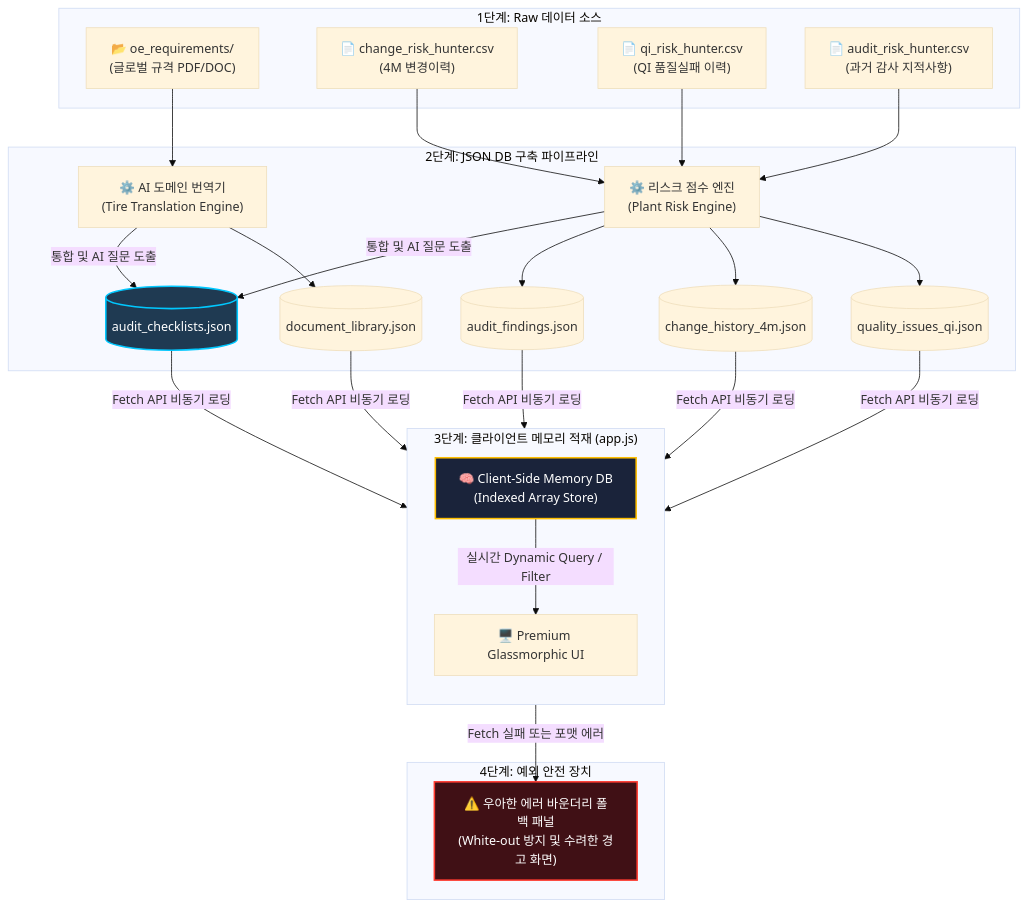
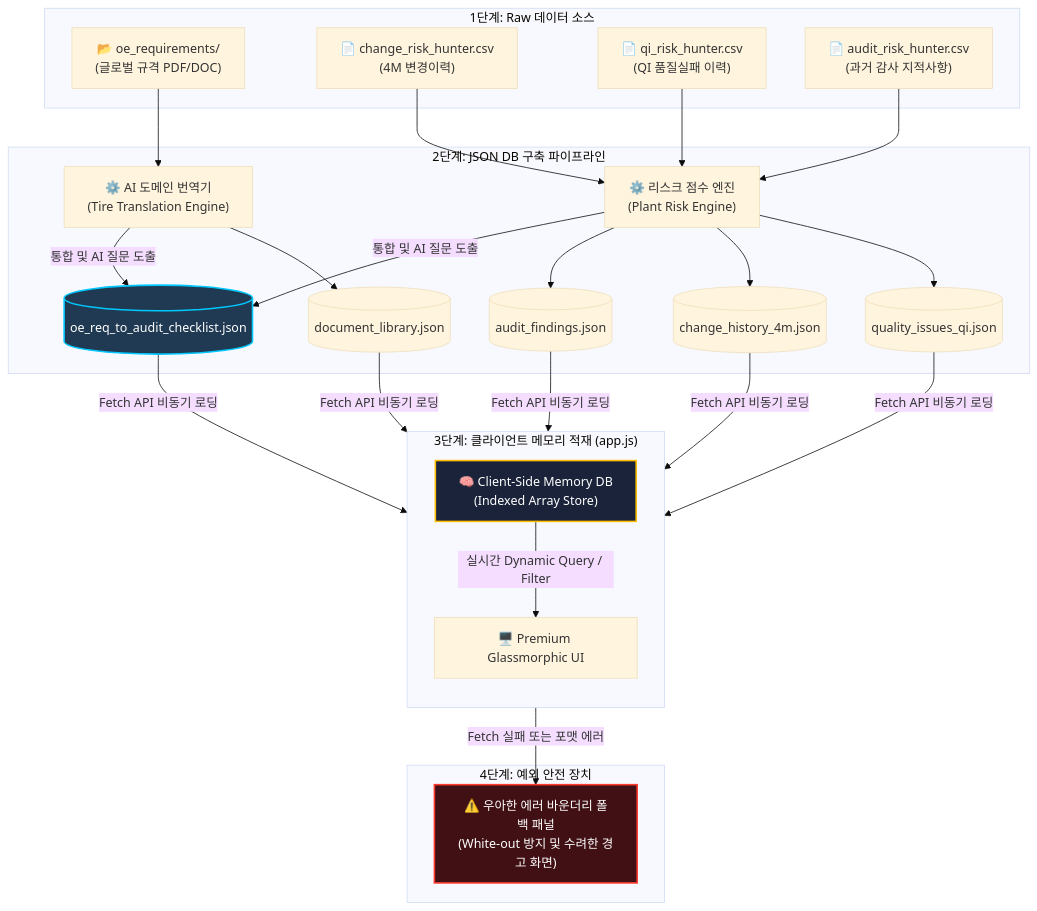
One commit to jumasi-34/RiskHunter changed the diagram in context/18_resource_json_database_transition_spec.md. Above: the diagram before and after it, drawn with Mermaid (base theme). The commit also changed other lines of this file and 8 other files, not shown here.

Commit message:
refactor: rename data/audit_checklists.json to data/oe_req_to_audit_checklist.json and update references

````diff
--- a/context/18_resource_json_database_transition_spec.md
+++ b/context/18_resource_json_database_transition_spec.md
@@ -24,38 +24,38 @@
 ```mermaid
 flowchart TD
     subgraph Raw_Sources ["1단계: Raw 데이터 소스"]
         A1["📂 oe_requirements/<br>(글로벌 규격 PDF/DOC)"]
         A2["📄 change_risk_hunter.csv<br>(4M 변경이력)"]
         A3["📄 qi_risk_hunter.csv<br>(QI 품질실패 이력)"]
         A4["📄 audit_risk_hunter.csv<br>(과거 감사 지적사항)"]
     end
 
     subgraph ETL_Pipeline ["2단계: JSON DB 구축 파이프라인"]
         B1["⚙️ AI 도메인 번역기<br>(Tire Translation Engine)"]
         B2["⚙️ 리스크 점수 엔진<br>(Plant Risk Engine)"]
         
         A1 --> B1
         A2 & A3 & A4 --> B2
         
         B1 --> C1[("document_library.json")]
         B2 --> C2[("quality_issues_qi.json")]
         B2 --> C3[("change_history_4m.json")]
         B2 --> C4[("audit_findings.json")]
         
-        B1 & B2 -->|통합 및 AI 질문 도출| C5[("audit_checklists.json")]
+        B1 & B2 -->|통합 및 AI 질문 도출| C5[("oe_req_to_audit_checklist.json")]
     end
 
     subgraph Client_Runtime ["3단계: 클라이언트 메모리 적재 (app.js)"]
         direction TB
         C1 & C2 & C3 & C4 & C5 -->|Fetch API 비동기 로딩| ME["🧠 Client-Side Memory DB<br>(Indexed Array Store)"]
         ME -->|실시간 Dynamic Query / Filter| UI["🖥️ Premium Glassmorphic UI"]
     end
 
     subgraph Error_Boundary ["4단계: 예외 안전 장치"]
         UI -->|Fetch 실패 또는 포맷 에러| FE["⚠️ 우아한 에러 바운더리 폴백 패널<br>(White-out 방지 및 수려한 경고 화면)"]
     end
 
     style C5 fill:#1f3a52,stroke:#00c8ff,stroke-width:2px,color:#fff
     style ME fill:#1a233a,stroke:#ffbf00,stroke-width:2px,color:#fff
     style FE fill:#401015,stroke:#ff3b30,stroke-width:2px,color:#fff
 ```
````
